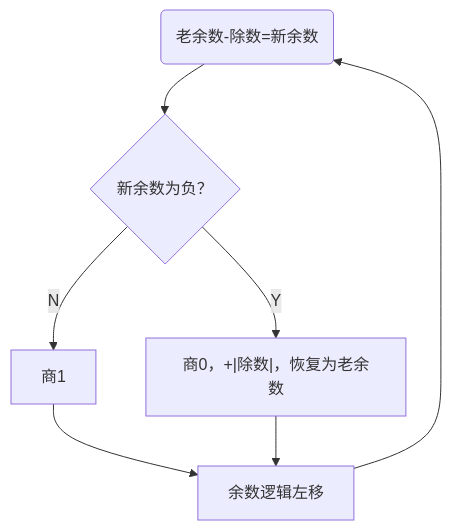
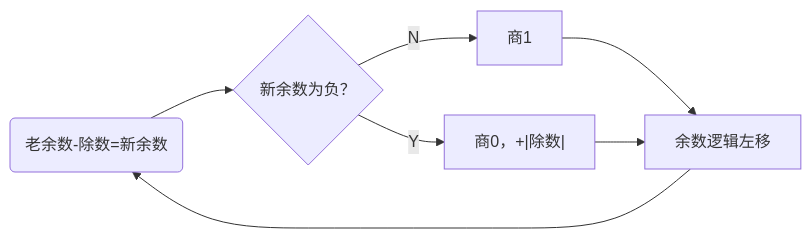
One commit to GreenHandHand/markdown-note changed the first of 3 diagrams in 计算机组成原理/数据的表示和运算.md. Above: the diagram before and after it, drawn with Mermaid. The commit also changed other lines of this file, not shown here.

````diff
--- a/计算机组成原理/数据的表示和运算.md
+++ b/计算机组成原理/数据的表示和运算.md
@@ -605,5 +612,5 @@
 ```mermaid
-graph TD
+graph LR
 A("老余数-除数=新余数") --> B{"新余数为负？"} -->|N|C["商1"]-->E["余数逻辑左移"]
-B-->|Y|D["商0，+|除数|，恢复为老余数"]-->E-->A
+B-->|Y|D["商0，+|除数|"]-->E-->A
 ```
````
